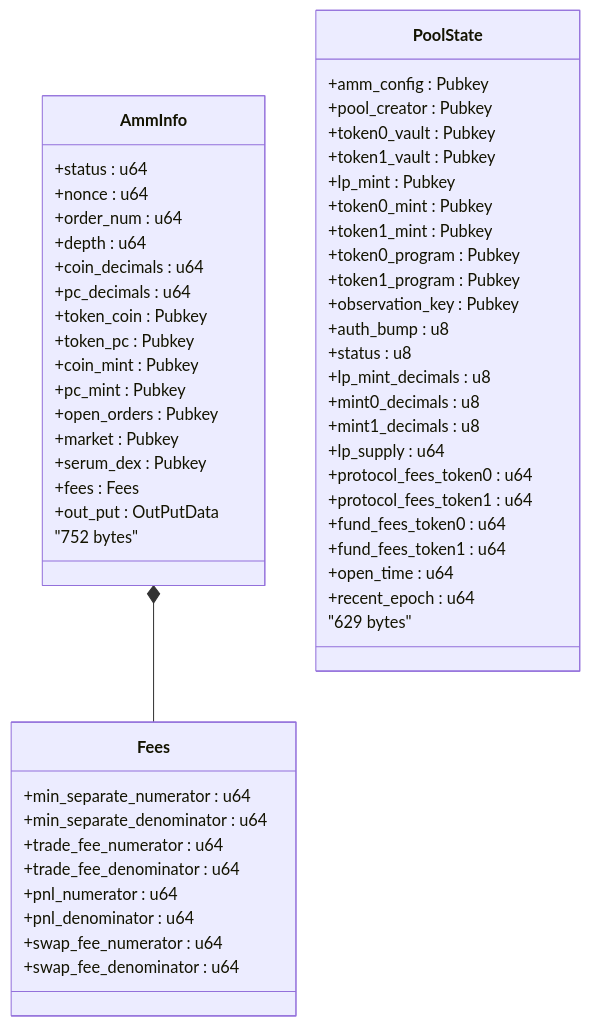
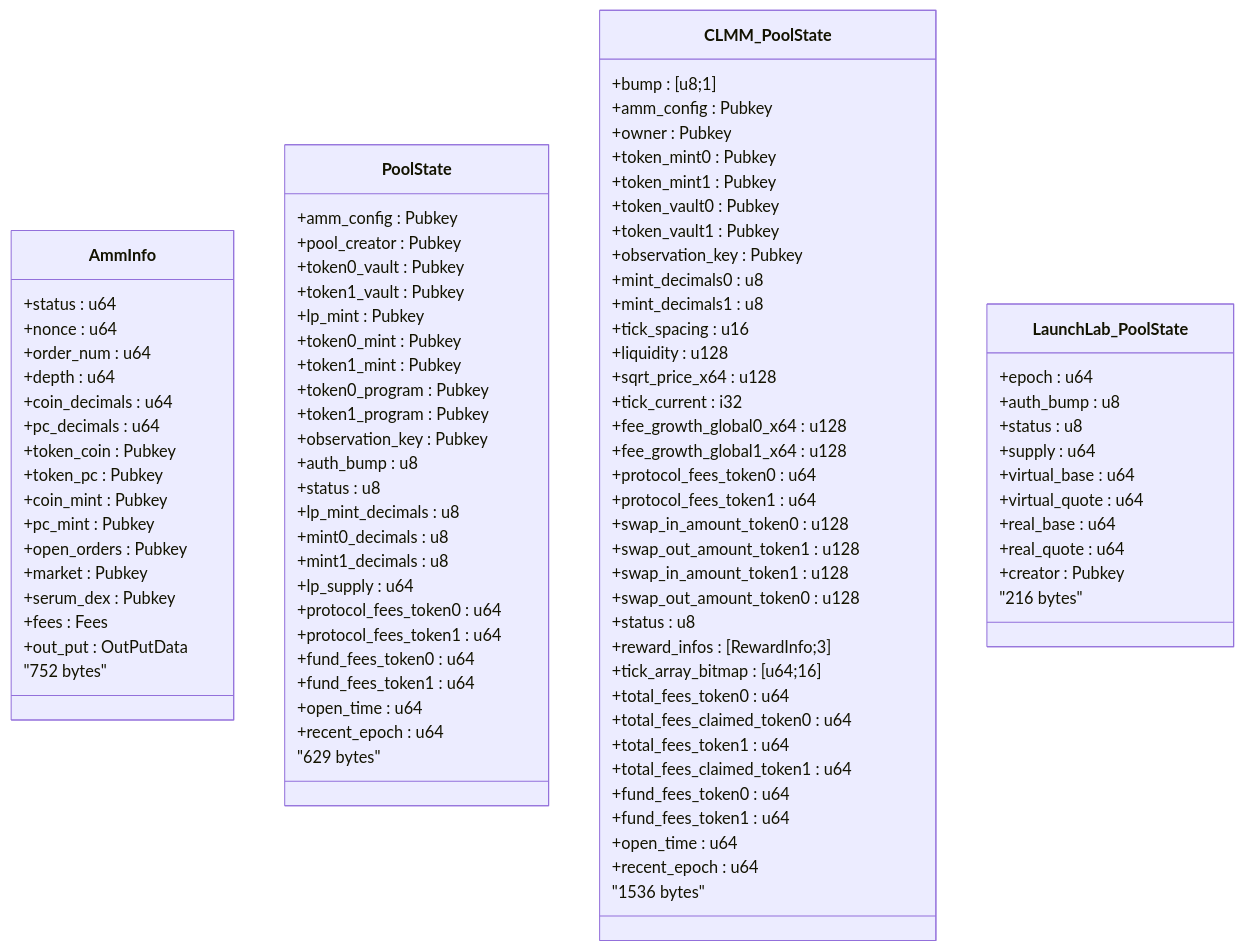
Before and after one commit to IAliceBobI/sol-trade-sdk: the second of 5 diagrams in .qoder/repowiki/zh/content/DEX支持与交易策略/Raydium交易支持/Raydium交易支持.md, drawn with Mermaid. The commit also changed other lines of this file and 5 other files, not shown here.

````diff
--- a/.qoder/repowiki/zh/content/DEX支持与交易策略/Raydium交易支持/Raydium交易支持.md
+++ b/.qoder/repowiki/zh/content/DEX支持与交易策略/Raydium交易支持/Raydium交易支持.md
@@ -117,17 +156,54 @@
 +open_time : u64
 +recent_epoch : u64
 }
-class Fees {
-+min_separate_numerator : u64
-+min_separate_denominator : u64
-+trade_fee_numerator : u64
-+trade_fee_denominator : u64
-+pnl_numerator : u64
-+pnl_denominator : u64
-+swap_fee_numerator : u64
-+swap_fee_denominator : u64
+class CLMM_PoolState {
++bump : [u8;1]
++amm_config : Pubkey
++owner : Pubkey
++token_mint0 : Pubkey
++token_mint1 : Pubkey
++token_vault0 : Pubkey
++token_vault1 : Pubkey
++observation_key : Pubkey
++mint_decimals0 : u8
++mint_decimals1 : u8
++tick_spacing : u16
++liquidity : u128
++sqrt_price_x64 : u128
++tick_current : i32
++fee_growth_global0_x64 : u128
++fee_growth_global1_x64 : u128
++protocol_fees_token0 : u64
++protocol_fees_token1 : u64
++swap_in_amount_token0 : u128
++swap_out_amount_token1 : u128
++swap_in_amount_token1 : u128
++swap_out_amount_token0 : u128
++status : u8
++reward_infos : [RewardInfo;3]
++tick_array_bitmap : [u64;16]
++total_fees_token0 : u64
++total_fees_claimed_token0 : u64
++total_fees_token1 : u64
++total_fees_claimed_token1 : u64
++fund_fees_token0 : u64
++fund_fees_token1 : u64
++open_time : u64
++recent_epoch : u64
 }
-AmmInfo *-- Fees
+class LaunchLab_PoolState {
++epoch : u64
++auth_bump : u8
++status : u8
++supply : u64
++virtual_base : u64
++virtual_quote : u64
++real_base : u64
++real_quote : u64
++creator : Pubkey
+}
 AmmInfo : "752 bytes"
 PoolState : "629 bytes"
+CLMM_PoolState : "1536 bytes"
+LaunchLab_PoolState : "216 bytes"
 ```
````
